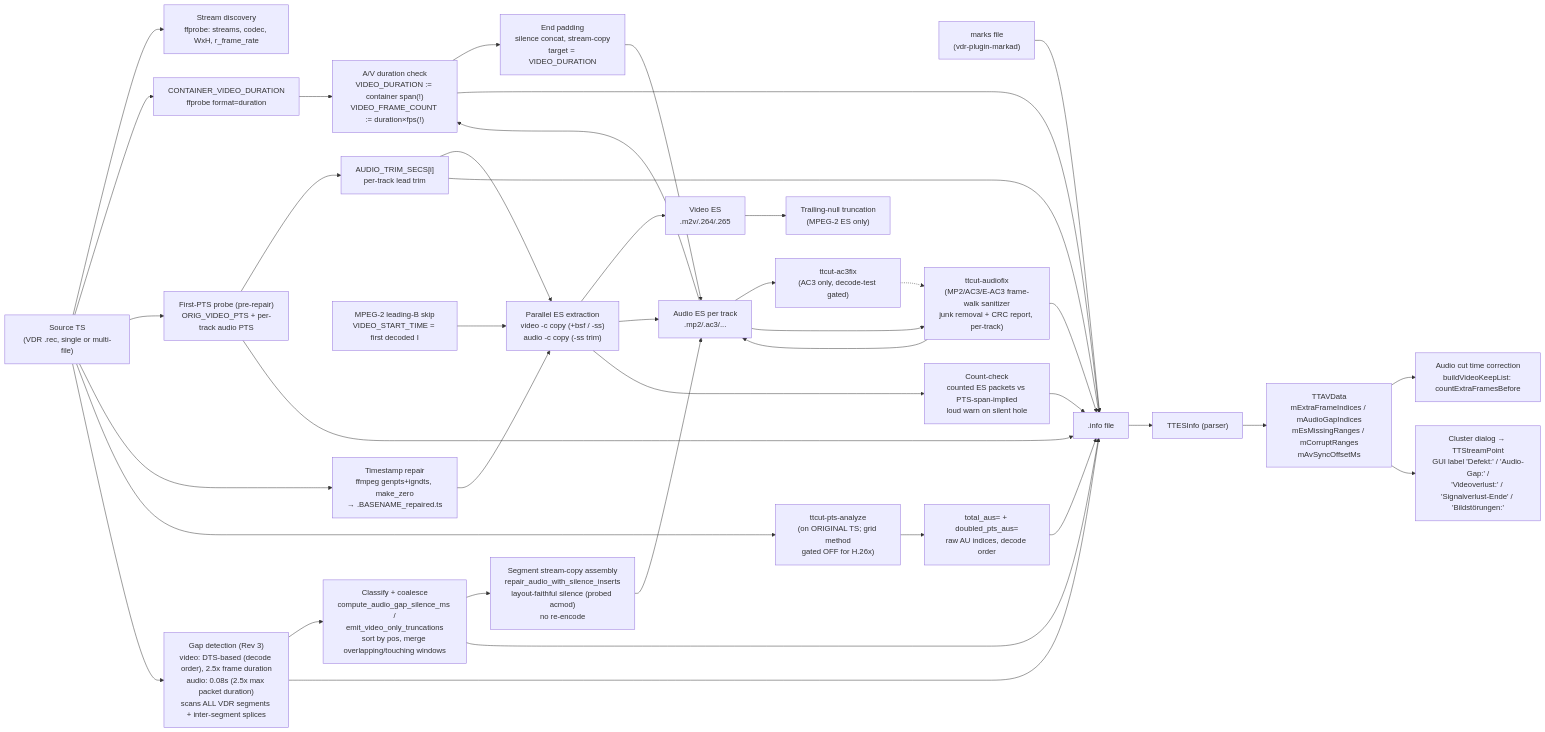
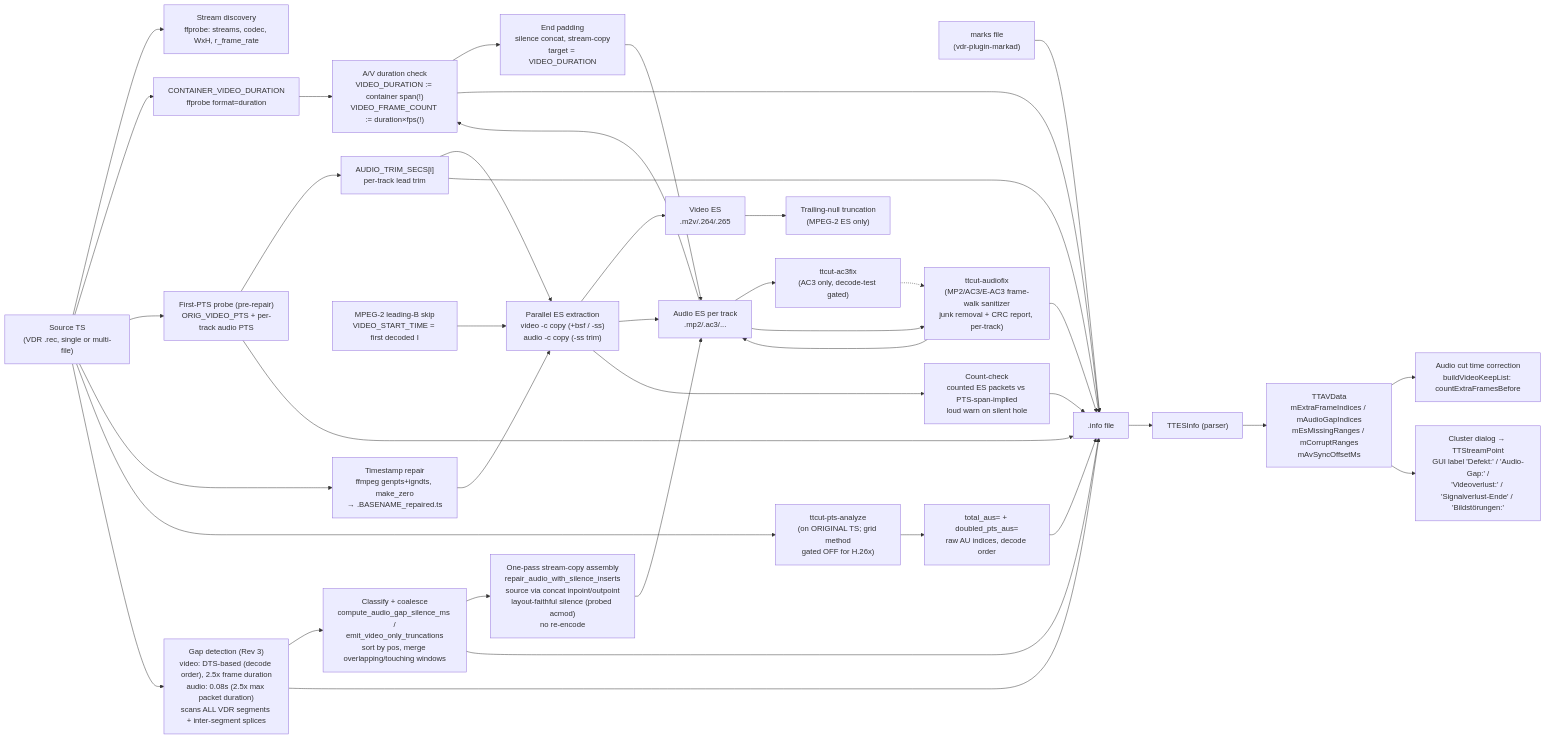
One commit to MINIXJR/TTCut-ng changed the diagram in docs/code-map/ttcut-demux.md. Above: the diagram before and after it, drawn with Mermaid. The commit also changed other lines of this file, not shown here.

First line of the commit message:
Update the ttcut-demux map for the repair rework

````diff
--- a/docs/code-map/ttcut-demux.md
+++ b/docs/code-map/ttcut-demux.md
@@ -31,70 +31,70 @@
 ```mermaid
 flowchart LR
     TS["Source TS<br/>(VDR .rec, single or multi-file)"]
     MARKS["marks file<br/>(vdr-plugin-markad)"]
     PROBE["Stream discovery<br/>ffprobe: streams, codec, WxH, r_frame_rate"]
     CONTDUR["CONTAINER_VIDEO_DURATION<br/>ffprobe format=duration"]
     PTS0["First-PTS probe (pre-repair)<br/>ORIG_VIDEO_PTS + per-track audio PTS"]
     TRIM["AUDIO_TRIM_SECS[i]<br/>per-track lead trim"]
     REPAIR["Timestamp repair<br/>ffmpeg genpts+igndts, make_zero<br/>→ .BASENAME_repaired.ts"]
     EXTRACT["Parallel ES extraction<br/>video -c copy (+bsf / -ss)<br/>audio -c copy (-ss trim)"]
     MPEG2TRIM["MPEG-2 leading-B skip<br/>VIDEO_START_TIME = first decoded I"]
     NULLTRUNC["Trailing-null truncation<br/>(MPEG-2 ES only)"]
     ESV["Video ES<br/>.m2v/.264/.265"]
     ESA["Audio ES per track<br/>.mp2/.ac3/..."]
     PTSA["ttcut-pts-analyze<br/>(on ORIGINAL TS; grid method<br/>gated OFF for H.26x)"]
     EXTRA["total_aus= + doubled_pts_aus=<br/>raw AU indices, decode order"]
     AC3FIX["ttcut-ac3fix<br/>(AC3 only, decode-test gated)"]
     AUDIOFIX["ttcut-audiofix<br/>(MP2/AC3/E-AC3 frame-walk sanitizer<br/>junk removal + CRC report, per-track)"]
     GAPS["Gap detection (Rev 3)<br/>video: DTS-based (decode order), 2.5x frame duration<br/>audio: 0.08s (2.5x max packet duration)<br/>scans ALL VDR segments + inter-segment splices"]
     CLASSIFY["Classify + coalesce<br/>compute_audio_gap_silence_ms /<br/>emit_video_only_truncations<br/>sort by pos, merge overlapping/touching windows"]
-    ASSEMBLY["Segment stream-copy assembly<br/>repair_audio_with_silence_inserts<br/>layout-faithful silence (probed acmod)<br/>no re-encode"]
+    ASSEMBLY["One-pass stream-copy assembly<br/>repair_audio_with_silence_inserts<br/>source via concat inpoint/outpoint<br/>layout-faithful silence (probed acmod)<br/>no re-encode"]
     COUNTCHECK["Count-check<br/>counted ES packets vs PTS-span-implied<br/>loud warn on silent hole"]
     DURCHK["A/V duration check<br/>VIDEO_DURATION := container span(!)<br/>VIDEO_FRAME_COUNT := duration×fps(!)"]
     PAD["End padding<br/>silence concat, stream-copy<br/>target = VIDEO_DURATION"]
     INFO[".info file"]
     ESINFO["TTESInfo (parser)"]
     AVDATA["TTAVData<br/>mExtraFrameIndices / mAudioGapIndices<br/>mEsMissingRanges / mCorruptRanges<br/>mAvSyncOffsetMs"]
     AUDIOCORR["Audio cut time correction<br/>buildVideoKeepList: countExtraFramesBefore"]
     STREAMPTS["Cluster dialog → TTStreamPoint<br/>GUI label 'Defekt:' / 'Audio-Gap:' /<br/>'Videoverlust:' / 'Signalverlust-Ende' / 'Bildstörungen:'"]
 
     TS --> PROBE
     TS --> CONTDUR
     TS --> PTS0
     PTS0 --> TRIM
     TS --> REPAIR
     REPAIR --> EXTRACT
     MPEG2TRIM --> EXTRACT
     TRIM --> EXTRACT
     EXTRACT --> ESV
     EXTRACT --> ESA
     ESV --> NULLTRUNC
     EXTRACT --> COUNTCHECK
     TS --> PTSA
     PTSA --> EXTRA
     ESA --> AC3FIX
     ESA --> AUDIOFIX
     AC3FIX -.-> AUDIOFIX
     AUDIOFIX --> ESA
     AUDIOFIX --> INFO
     TS --> GAPS
     GAPS --> CLASSIFY
     CLASSIFY --> ASSEMBLY
     ASSEMBLY --> ESA
     CONTDUR --> DURCHK
     ESA --> DURCHK
     DURCHK --> PAD
     PAD --> ESA
     EXTRA --> INFO
     GAPS --> INFO
     CLASSIFY --> INFO
     COUNTCHECK --> INFO
     TRIM --> INFO
     PTS0 --> INFO
     DURCHK --> INFO
     MARKS --> INFO
     INFO --> ESINFO
     ESINFO --> AVDATA
     AVDATA --> AUDIOCORR
     AVDATA --> STREAMPTS
 ```
````
